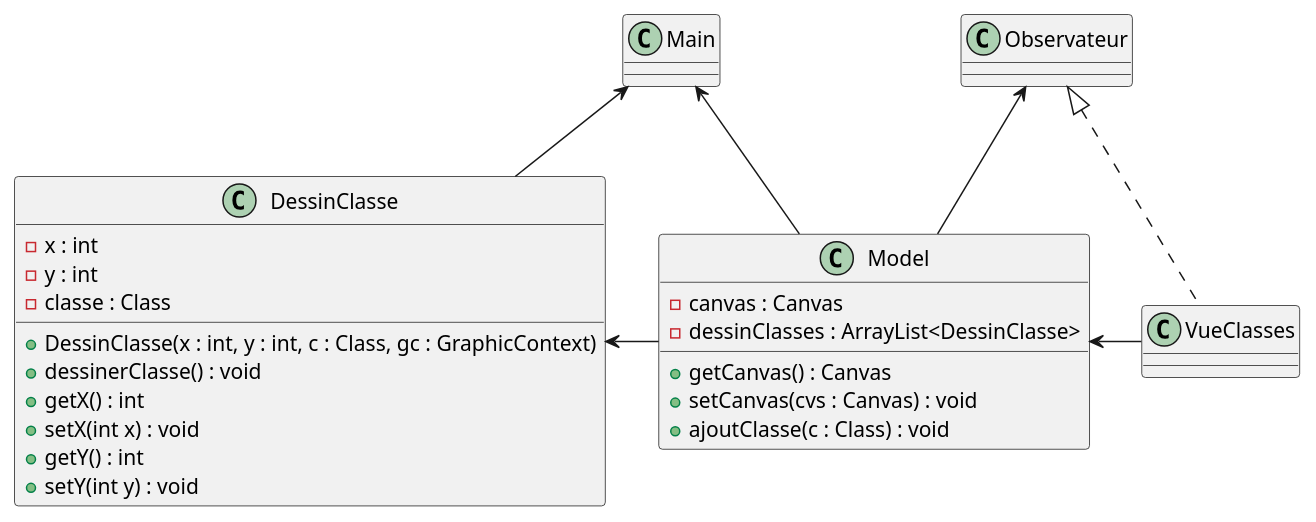
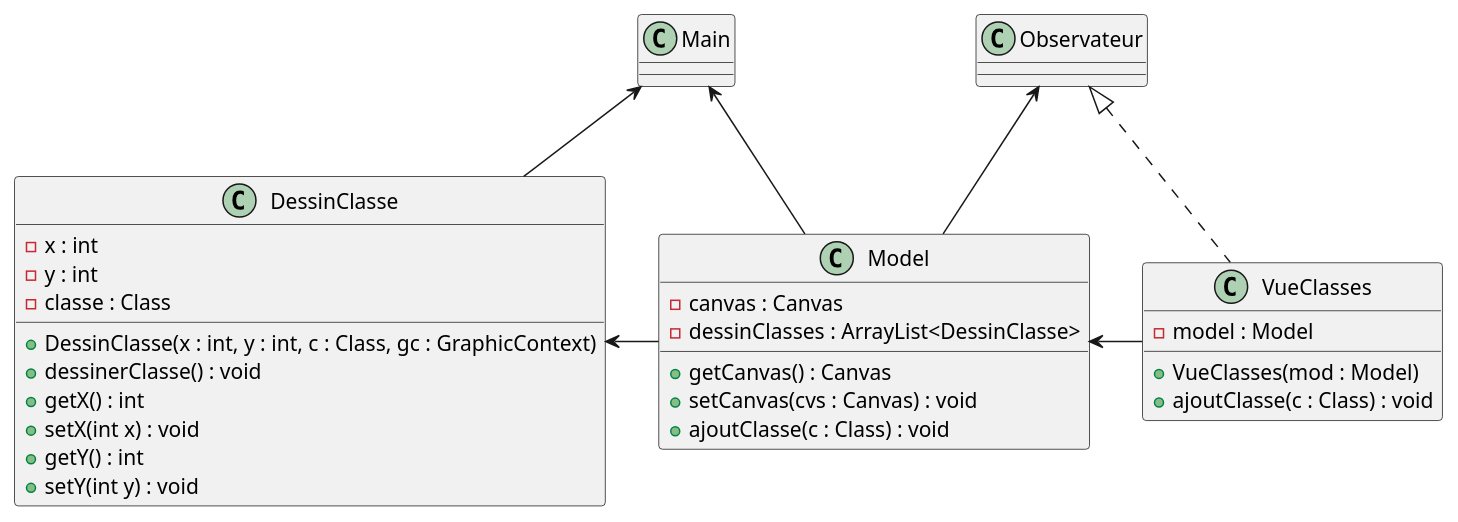
The diagram in Documents/Itération 4/diagramme de DessinClasse.puml (Math54500/SAE-3.01-ObjectAid), drawn with PlantUML before and after one commit. The commit also changed 1 other file, not shown here.

Commit message:
diagramme de DessinClasse

```diff
--- a/Documents/Itération 4/diagramme de DessinClasse.puml
+++ b/Documents/Itération 4/diagramme de DessinClasse.puml
@@ -1,32 +1,36 @@
 @startuml
 'https://plantuml.com/class-diagram
 
 class DessinClasse{
 - x : int
 - y : int
 - classe : Class
 + DessinClasse(x : int, y : int, c : Class, gc : GraphicContext)
 + dessinerClasse() : void
 + getX() : int
 + setX(int x) : void
 + getY() : int
 + setY(int y) : void
 }
 
-class VueClasses
+class VueClasses{
+- model : Model
++ VueClasses(mod : Model)
++ ajoutClasse(c : Class) : void
+}
 
 class Model{
 - canvas : Canvas
 - dessinClasses : ArrayList<DessinClasse>
 + getCanvas() : Canvas
 + setCanvas(cvs : Canvas) : void
 + ajoutClasse(c : Class) : void
 }
 
 Observateur <-- Model
 Observateur <|.. VueClasses
 DessinClasse <- Model
 Model <- VueClasses
 Main <-- Model
 Main <-- DessinClasse
 @enduml
```
